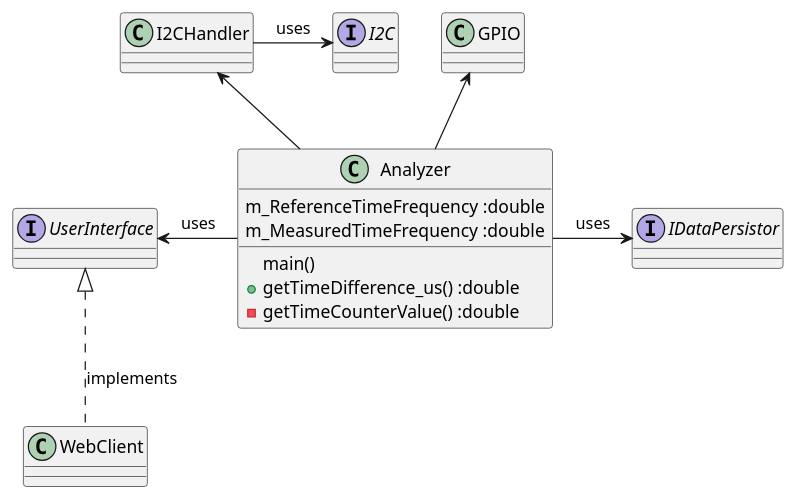
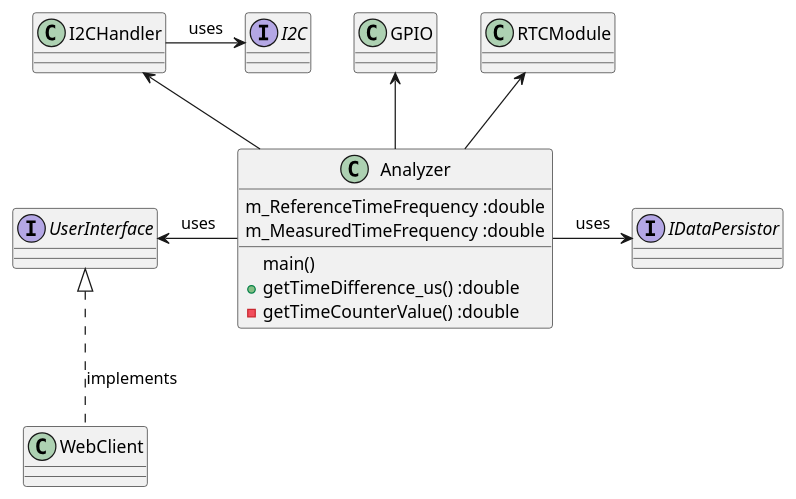
The diagram in docs/uml/classdiagramm.puml (gnomengineer/ClockPendelumAnalyzer), drawn with PlantUML before and after one commit. The commit also changed 1 other file, not shown here.

Commit message:
changed classdiagramm according to our implementation

```diff
--- a/docs/uml/classdiagramm.puml
+++ b/docs/uml/classdiagramm.puml
@@ -1,27 +1,29 @@
 @startuml
 ''classes
 class GPIO 
 class I2CHandler 
+class RTCModule
 class Analyzer {
     m_ReferenceTimeFrequency :double
     m_MeasuredTimeFrequency :double
     main()
     + getTimeDifference_us() :double
     - getTimeCounterValue() :double
 }
 class WebClient
 
 ''interfaces
 interface I2C
 interface UserInterface
 interface IDataPersistor
 
 ''relations
 GPIO <-- Analyzer
 I2CHandler <-- Analyzer
+RTCModule <-- Analyzer
 UserInterface <-right- Analyzer :uses
 I2C <-left- I2CHandler :uses
 WebClient .up.|> UserInterface :implements
 IDataPersistor <-left- Analyzer :uses
 
 @enduml
```
